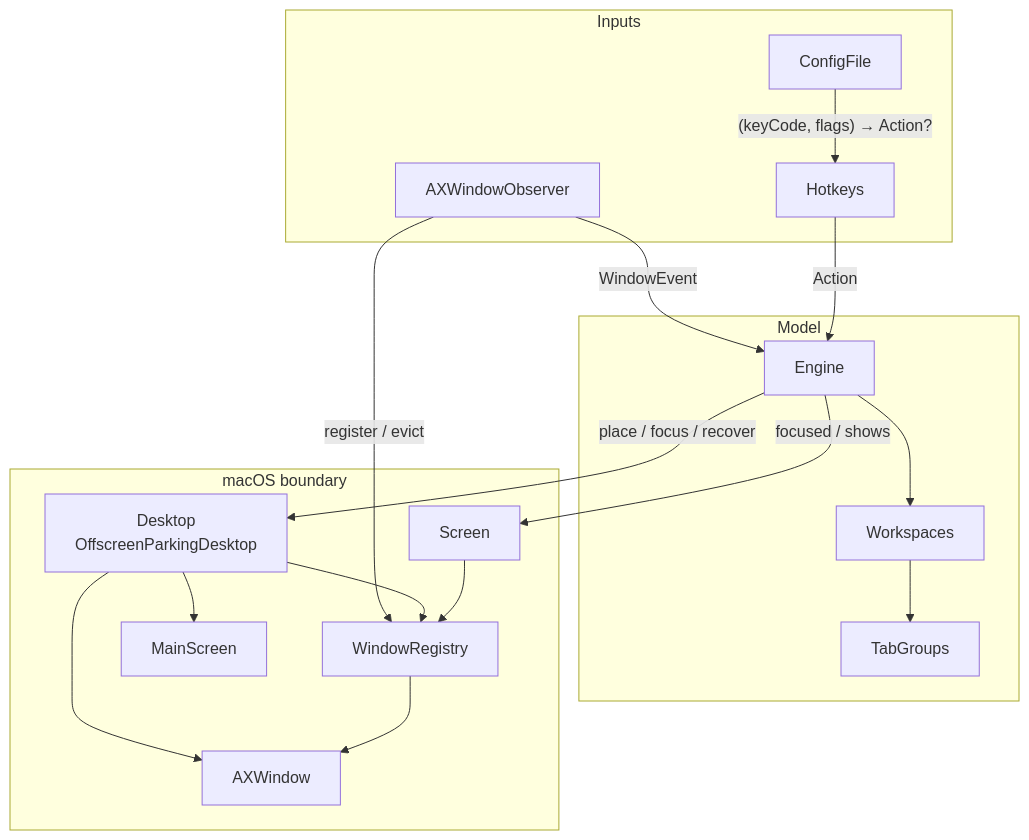
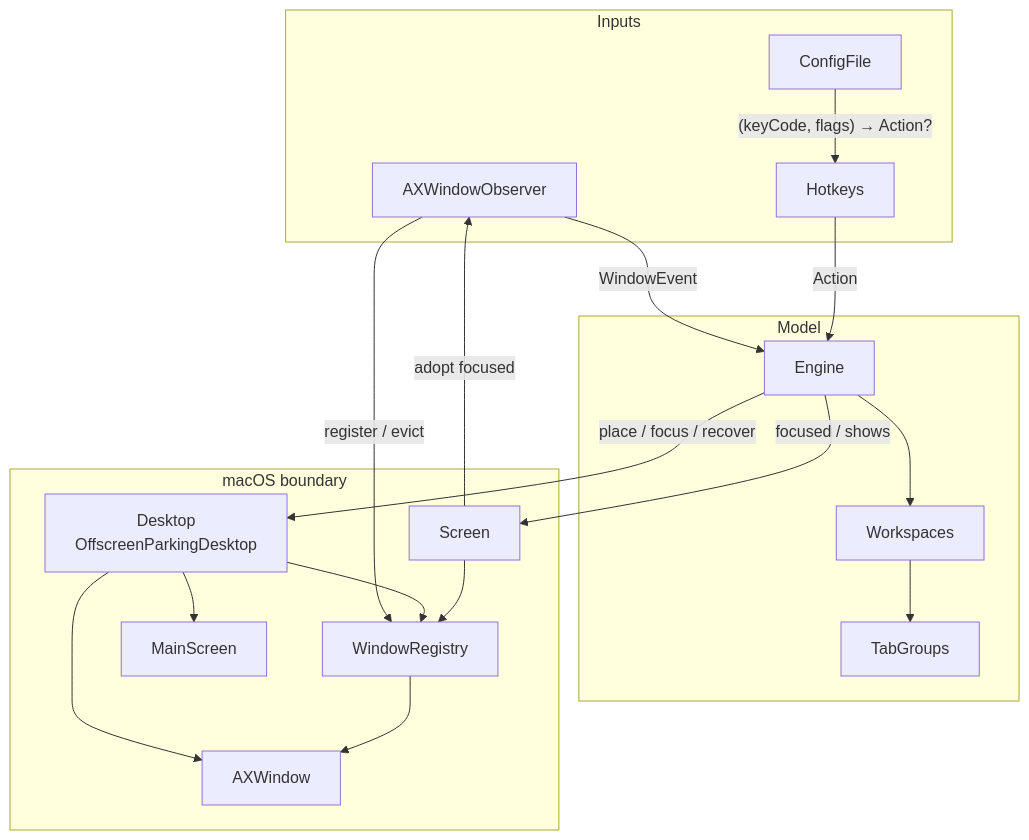
One commit to brennovich/ottowm changed the first of 4 diagrams in ARCHITECTURE.md. Above: the diagram before and after it, drawn with Mermaid. The commit also changed other lines of this file and 7 other files, not shown here.

First line of the commit message:
Extract AXAppObserver to make AXWindowObserver testable

````diff
--- a/ARCHITECTURE.md
+++ b/ARCHITECTURE.md
@@ -7,36 +7,37 @@
 ```mermaid
 flowchart TB
     subgraph inputs[Inputs]
         AXWindowObserver
         Hotkeys
         ConfigFile
     end
 
     subgraph core[Model]
         Engine
         Workspaces
         TabGroups
     end
 
     subgraph os[macOS boundary]
         Desktop[Desktop<br/>OffscreenParkingDesktop]
         Screen
         WindowRegistry
         AXWindow
         MainScreen
     end
 
     AXWindowObserver -->|WindowEvent| Engine
     ConfigFile -->|"(keyCode, flags) → Action?"| Hotkeys
     Hotkeys -->|Action| Engine
     Engine --> Workspaces
     Workspaces --> TabGroups
     Engine -->|place / focus / recover| Desktop
     Engine -->|focused / shows| Screen
     AXWindowObserver -->|register / evict| WindowRegistry
     Desktop --> WindowRegistry
     Desktop --> AXWindow
     Desktop --> MainScreen
     Screen --> WindowRegistry
+    Screen -->|adopt focused| AXWindowObserver
     WindowRegistry --> AXWindow
 ```
````
